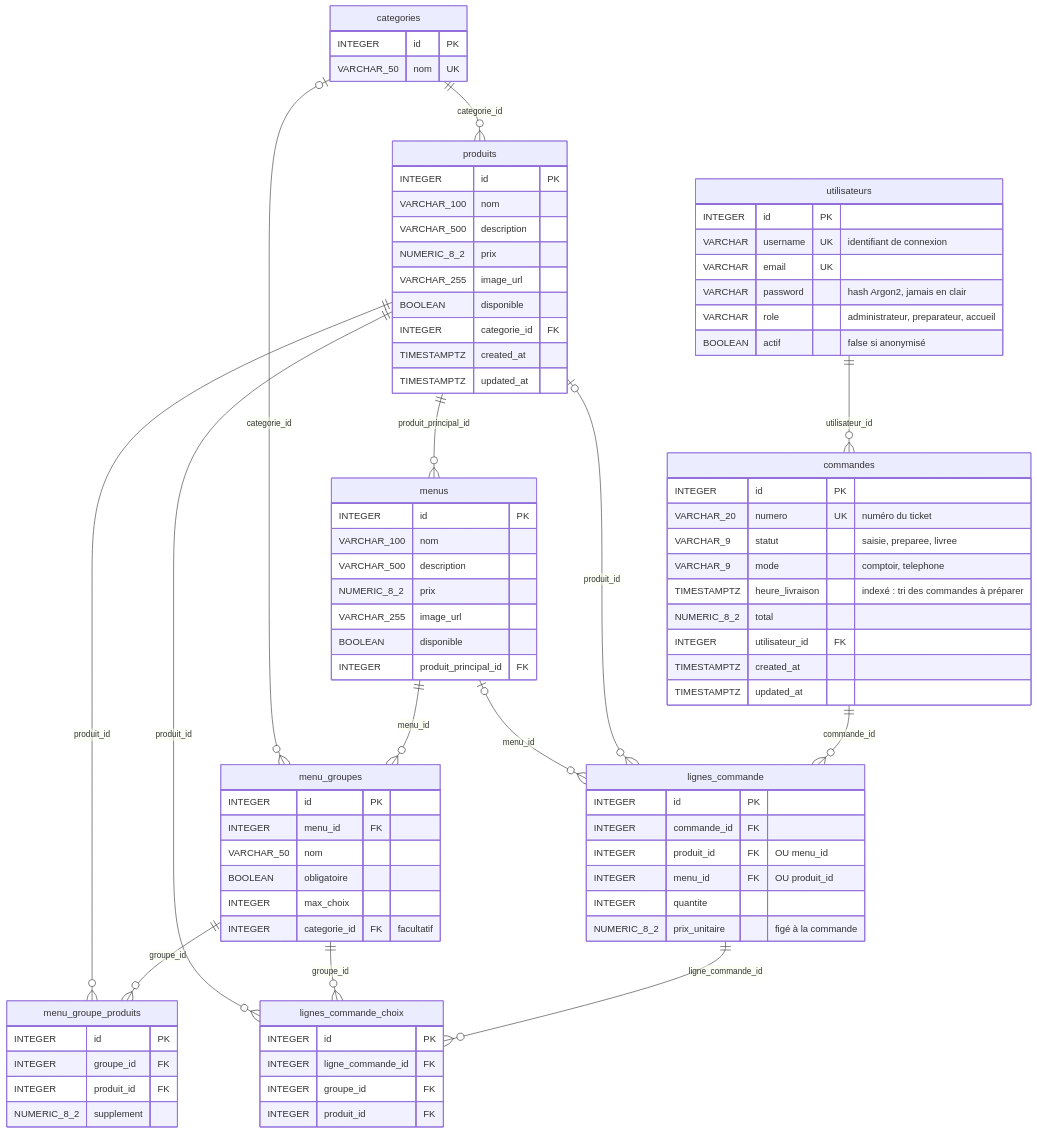
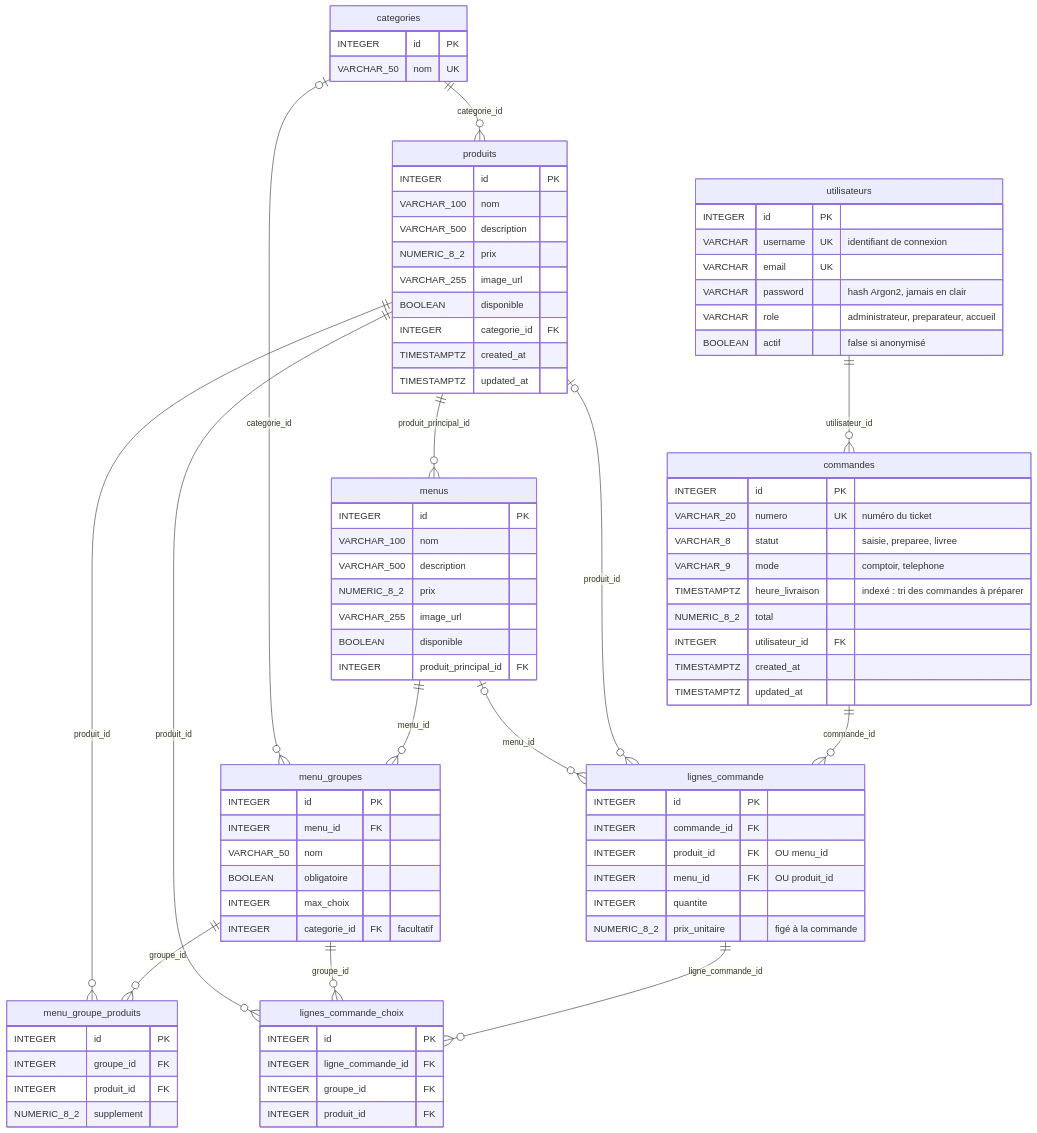
Before and after one commit to benjaminpillard/APIwacdo: the second of 2 diagrams in docs/MCD_MLD_APIwacdo.md, drawn with Mermaid. The commit also changed other lines of this file and 10 other files, not shown here.

```diff
--- a/docs/MCD_MLD_APIwacdo.md
+++ b/docs/MCD_MLD_APIwacdo.md
@@ -208,7 +208,7 @@
     commandes {
         INTEGER id PK
         VARCHAR_20 numero UK "numéro du ticket"
-        VARCHAR_9 statut "saisie, preparee, livree"
+        VARCHAR_8 statut "saisie, preparee, livree"
         VARCHAR_9 mode "comptoir, telephone"
         TIMESTAMPTZ heure_livraison "indexé : tri des commandes à préparer"
         NUMERIC_8_2 total
```
